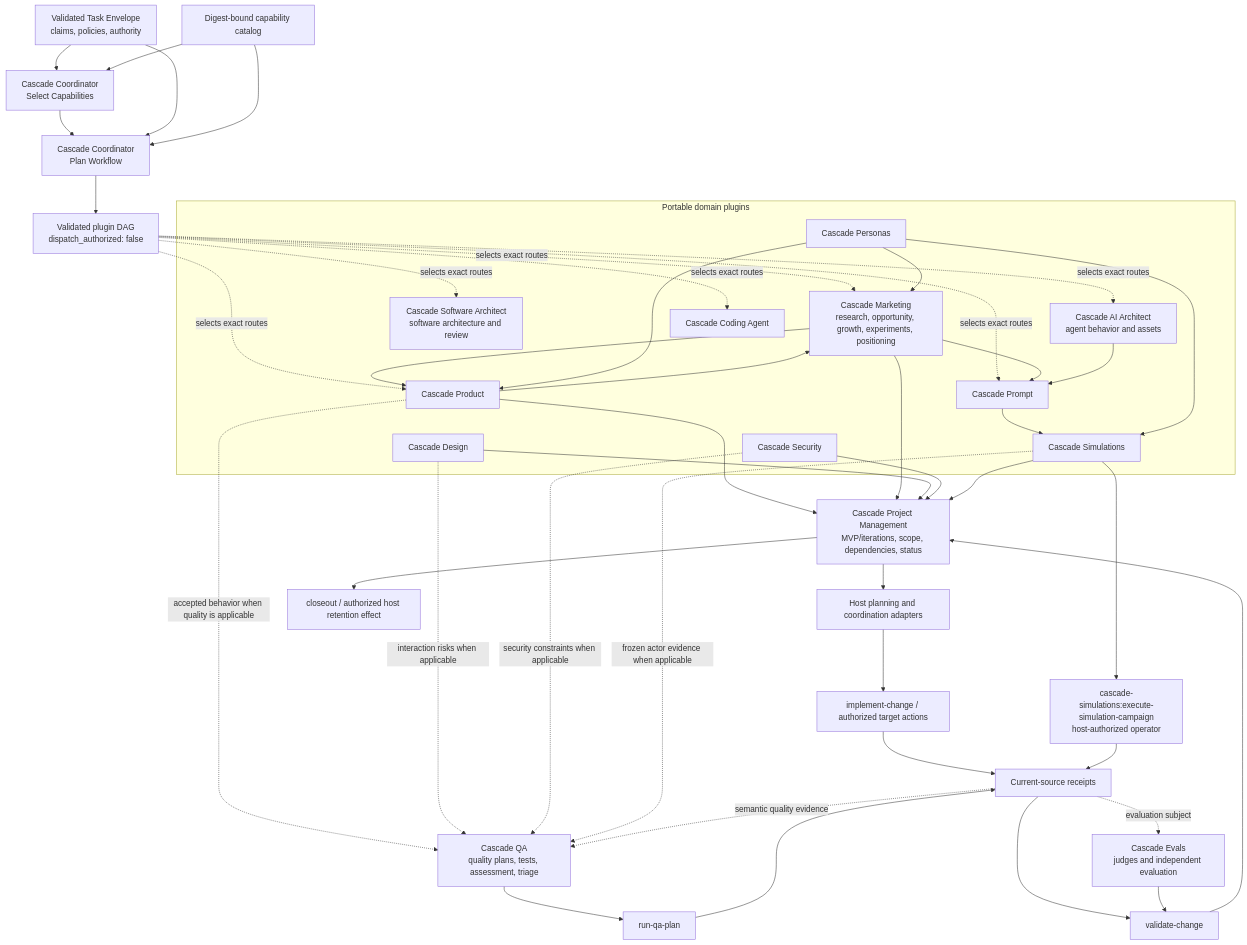
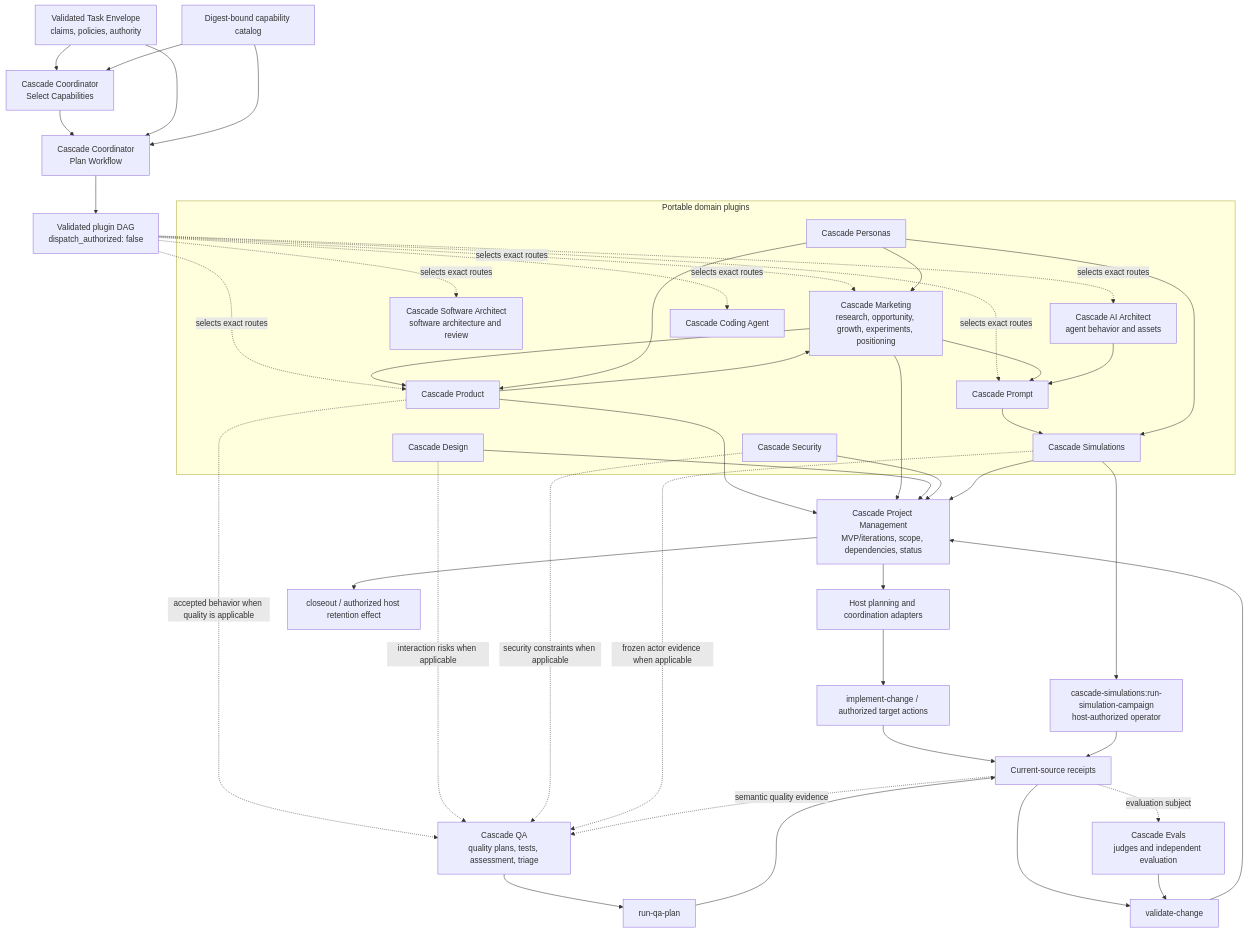
One commit to oleksandr-rud/cascade-codex changed the diagram in docs/patterns/workflow/plugin-orchestration.md. Above: the diagram before and after it, drawn with Mermaid. The commit also changed other lines of this file and 782 other files, not shown here.

First line of the commit message:
Restructure Cascade plugins and align host workflow contracts

````diff
--- a/docs/patterns/workflow/plugin-orchestration.md
+++ b/docs/patterns/workflow/plugin-orchestration.md
@@ -11,72 +11,72 @@
 ```mermaid
 flowchart TB
     TE[Validated Task Envelope<br/>claims, policies, authority]
     CAT[Digest-bound capability catalog]
     CS[Cascade Coordinator<br/>Select Capabilities]
     PW[Cascade Coordinator<br/>Plan Workflow]
     DAG[Validated plugin DAG<br/>dispatch_authorized: false]
 
     TE --> CS
     CAT --> CS
     CS --> PW
     TE --> PW
     CAT --> PW
     PW --> DAG
 
     subgraph Domain[Portable domain plugins]
         M[Cascade Marketing<br/>research, opportunity, growth, experiments, positioning]
         P[Cascade Product]
         PE[Cascade Personas]
         D[Cascade Design]
         S[Cascade Security]
         AP[Cascade Prompt]
         SA[Cascade Software Architect<br/>software architecture and review]
         AIA[Cascade AI Architect<br/>agent behavior and assets]
         HE[Cascade Coding Agent]
         SIM[Cascade Simulations]
     end
 
     PM[Cascade Project Management<br/>MVP/iterations, scope, dependencies, status]
     QA[Cascade QA<br/>quality plans, tests, assessment, triage]
     EV[Cascade Evals<br/>judges and independent evaluation]
 
     DAG -. selects exact routes .-> M
     DAG -. selects exact routes .-> P
     DAG -. selects exact routes .-> SA
     DAG -. selects exact routes .-> AIA
     DAG -. selects exact routes .-> AP
     DAG -. selects exact routes .-> HE
 
     M --> P
     PE --> P
     P --> M
     PE --> M
     M --> AP
     AIA --> AP
     P --> PM
     M --> PM
     D --> PM
     S --> PM
     AP --> SIM
     PE --> SIM
     SIM --> PM
 
     P -. accepted behavior when quality is applicable .-> QA
     D -. interaction risks when applicable .-> QA
     S -. security constraints when applicable .-> QA
     SIM -. frozen actor evidence when applicable .-> QA
 
     PM --> PLAN[Host planning and coordination adapters]
     PLAN --> IMPL[implement-change / authorized target actions]
     QA --> RUNQA[run-qa-plan]
-    SIM --> RUNSIM[cascade-simulations:execute-simulation-campaign<br/>host-authorized operator]
+    SIM --> RUNSIM[cascade-simulations:run-simulation-campaign<br/>host-authorized operator]
     IMPL --> RECEIPTS[Current-source receipts]
     RUNQA --> RECEIPTS
     RUNSIM --> RECEIPTS
     RECEIPTS --> VALIDATE[validate-change]
     RECEIPTS -. semantic quality evidence .-> QA
     RECEIPTS -. evaluation subject .-> EV
     EV --> VALIDATE
     VALIDATE --> PM
     PM --> CLOSE[closeout / authorized host retention effect]
 ```
````
